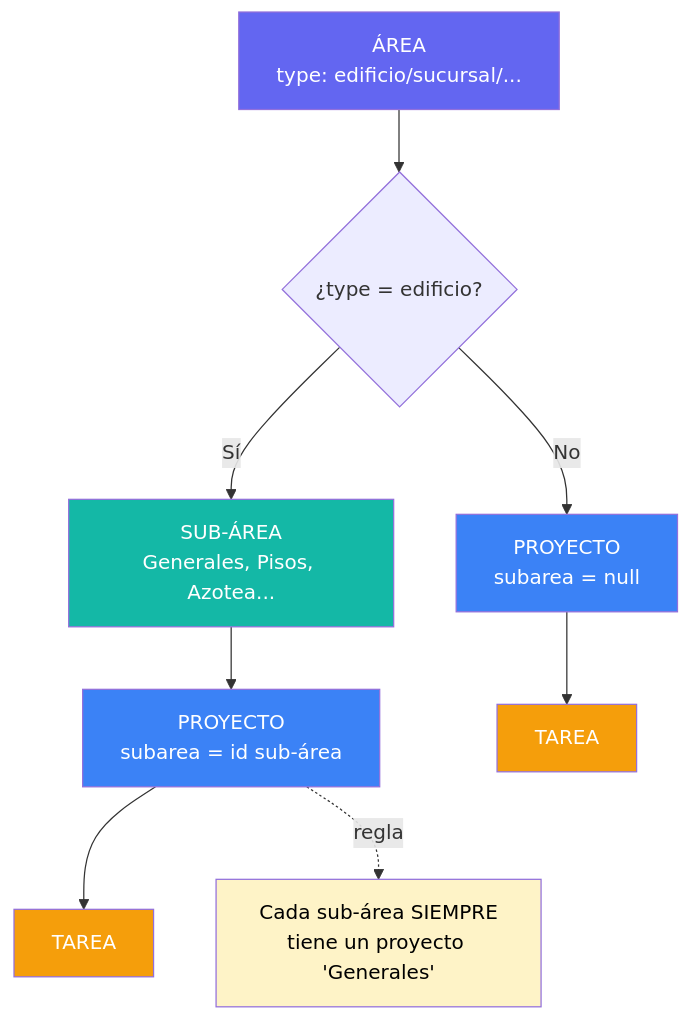
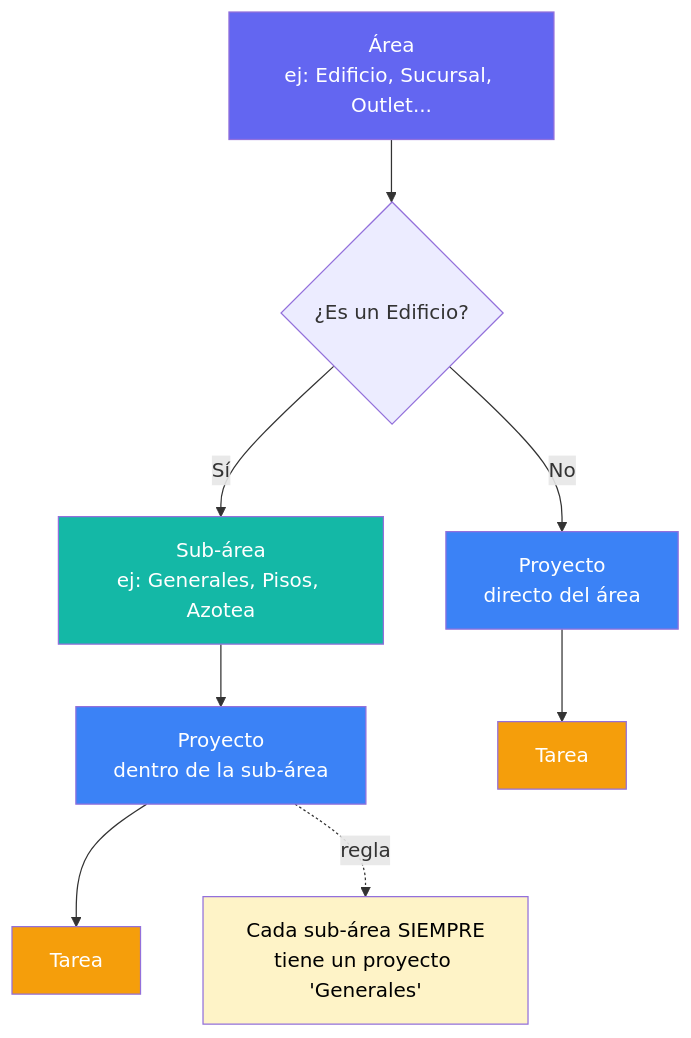
One commit to Joaquin-estropical/GestiondeProyectos changed the diagram in MAPA-APP.md. Above: the diagram before and after it, drawn with Mermaid. The commit also changed 1 other file, not shown here.

Commit message:
Use plain-language labels in hierarchy diagram
Replace technical field names (type, subarea=null) with user-facing
descriptions so the Tutorial diagram is readable by non-developers.

````diff
--- a/MAPA-APP.md
+++ b/MAPA-APP.md
@@ -8,20 +8,20 @@
 ```mermaid
 graph TD
-    A[ÁREA<br/>type: edificio/sucursal/...] --> B{¿type = edificio?}
-    B -- Sí --> C[SUB-ÁREA<br/>Generales, Pisos, Azotea...]
-    C --> D[PROYECTO<br/>subarea = id sub-área]
-    D --> E[TAREA]
+    A[Área<br/>ej: Edificio, Sucursal, Outlet...] --> B{¿Es un Edificio?}
+    B -- Sí --> C[Sub-área<br/>ej: Generales, Pisos, Azotea]
+    C --> D[Proyecto<br/>dentro de la sub-área]
+    D --> E[Tarea]
     D -.->|regla| F["Cada sub-área SIEMPRE
 tiene un proyecto 'Generales'"]
 
-    B -- No --> G[PROYECTO<br/>subarea = null]
-    G --> H[TAREA]
+    B -- No --> G[Proyecto<br/>directo del área]
+    G --> H[Tarea]
 
     style A fill:#6366F1,color:#fff
     style C fill:#14B8A6,color:#fff
     style D fill:#3B82F6,color:#fff
     style G fill:#3B82F6,color:#fff
     style E fill:#F59E0B,color:#fff
     style H fill:#F59E0B,color:#fff
     style F fill:#fef3c7,color:#000
 ```
````
